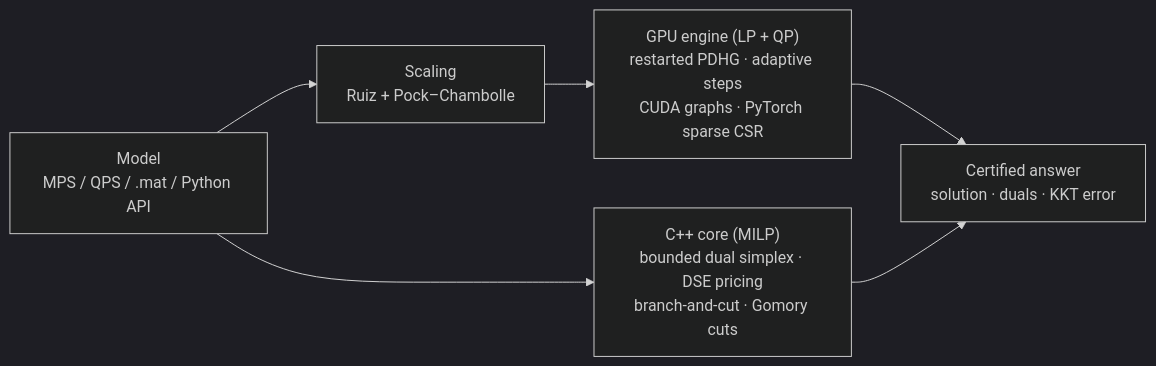
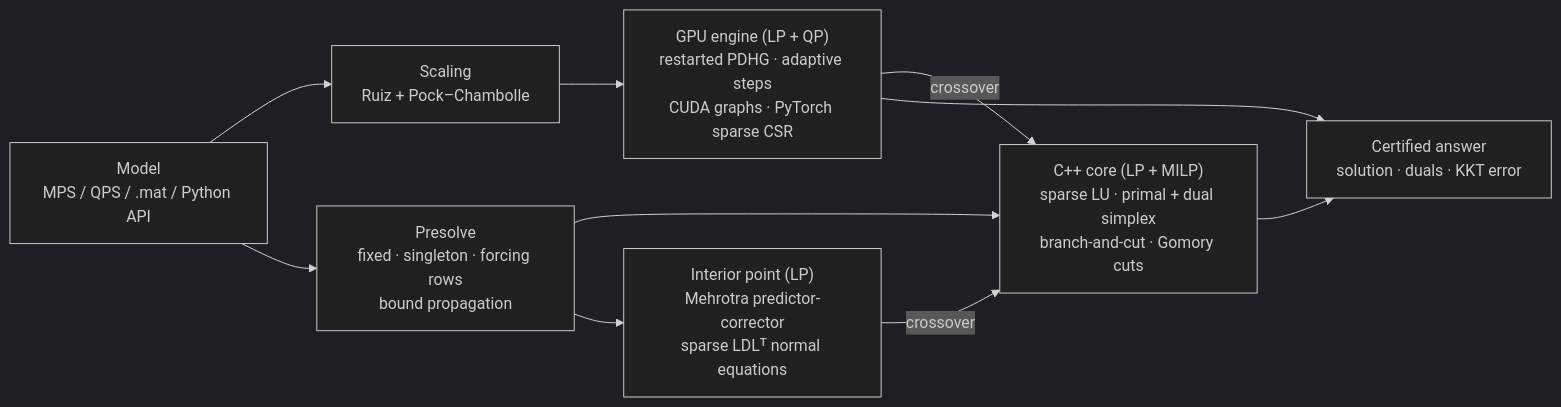
Before and after one commit to NAMAN-THAKUR-1944/SIH2026-SIH26119-SAMADHAN: the diagram in README.md, drawn with Mermaid (dark theme). The commit also changed other lines of this file and 17 other files, not shown here.

````diff
--- a/README.md
+++ b/README.md
@@ -103,8 +111,12 @@
 ```mermaid
 flowchart LR
     A["Model<br/>MPS / QPS / .mat / Python API"] --> B["Scaling<br/>Ruiz + Pock–Chambolle"]
     B --> C["GPU engine (LP + QP)<br/>restarted PDHG · adaptive steps<br/>CUDA graphs · PyTorch sparse CSR"]
-    A --> D["C++ core (MILP)<br/>bounded dual simplex · DSE pricing<br/>branch-and-cut · Gomory cuts"]
+    A --> P["Presolve<br/>fixed · singleton · forcing rows<br/>bound propagation"]
+    P --> D["C++ core (LP + MILP)<br/>sparse LU · primal + dual simplex<br/>branch-and-cut · Gomory cuts"]
+    P --> I["Interior point (LP)<br/>Mehrotra predictor-corrector<br/>sparse LDLᵀ normal equations"]
+    I -- crossover --> D
+    C -- crossover --> D
     C --> E["Certified answer<br/>solution · duals · KKT error"]
     D --> E
 ```
````
